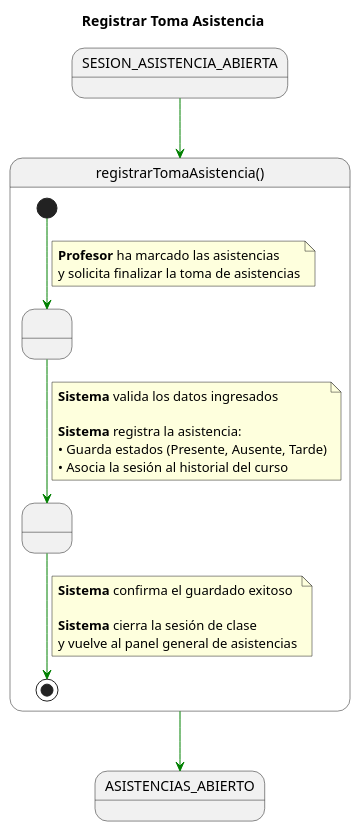
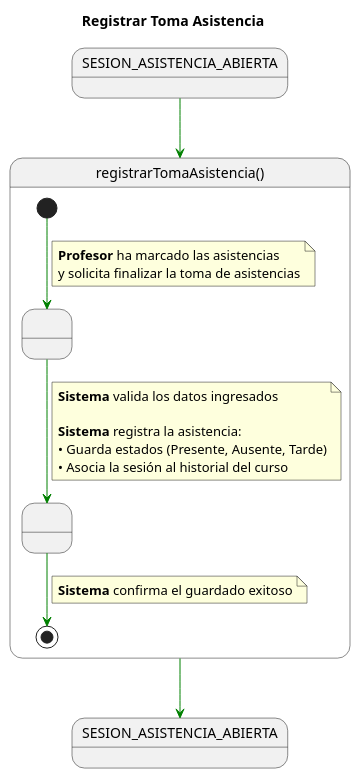
The diagram in documents/CasosDeUso/DetalladoCasosDeUso/Profesor/registrarTomaAsistencia.puml (enmabry/25-26-IdSw1-SdR), drawn with PlantUML before and after one commit. The commit also changed 19 other files, not shown here.

Commit message:
modificacion detallado profesor teniendo en cuenta nuevo diagrama de contexto

```diff
--- a/documents/CasosDeUso/DetalladoCasosDeUso/Profesor/registrarTomaAsistencia.puml
+++ b/documents/CasosDeUso/DetalladoCasosDeUso/Profesor/registrarTomaAsistencia.puml
@@ -1,43 +1,40 @@
 @startuml
 title Registrar Toma Asistencia
 
 skinparam linetype polyline
 
 state SESION_ASISTENCIA_ABIERTA_INICIAL as "SESION_ASISTENCIA_ABIERTA"
-state ASISTENCIAS_ABIERTO_FINAL as "ASISTENCIAS_ABIERTO"
+state SESION_ASISTENCIA_ABIERTA_FINAL as "SESION_ASISTENCIA_ABIERTA"
 
 SESION_ASISTENCIA_ABIERTA_INICIAL -[#green]-> registrarTomaAsistencia
 
 state registrarTomaAsistencia as "registrarTomaAsistencia()" {
 
     state " " as VerificandoEstado
     state " " as GuardadoConfirmado
 
     [*] -[#green]-> VerificandoEstado
     note on link
     <b>Profesor</b> ha marcado las asistencias
     y solicita finalizar la toma de asistencias
     end note
 
     VerificandoEstado -[#green]-> GuardadoConfirmado
     note on link
     <b>Sistema</b> valida los datos ingresados
     
     <b>Sistema</b> registra la asistencia:
     • Guarda estados (Presente, Ausente, Tarde)
     • Asocia la sesión al historial del curso
     end note
 
     GuardadoConfirmado -[#green]-> [*]
     note on link
     <b>Sistema</b> confirma el guardado exitoso
-
-    <b>Sistema</b> cierra la sesión de clase
-    y vuelve al panel general de asistencias
     end note
 
 }
 
-registrarTomaAsistencia -[#green]-> ASISTENCIAS_ABIERTO_FINAL
+registrarTomaAsistencia -[#green]-> SESION_ASISTENCIA_ABIERTA_FINAL
 
 @enduml
```
